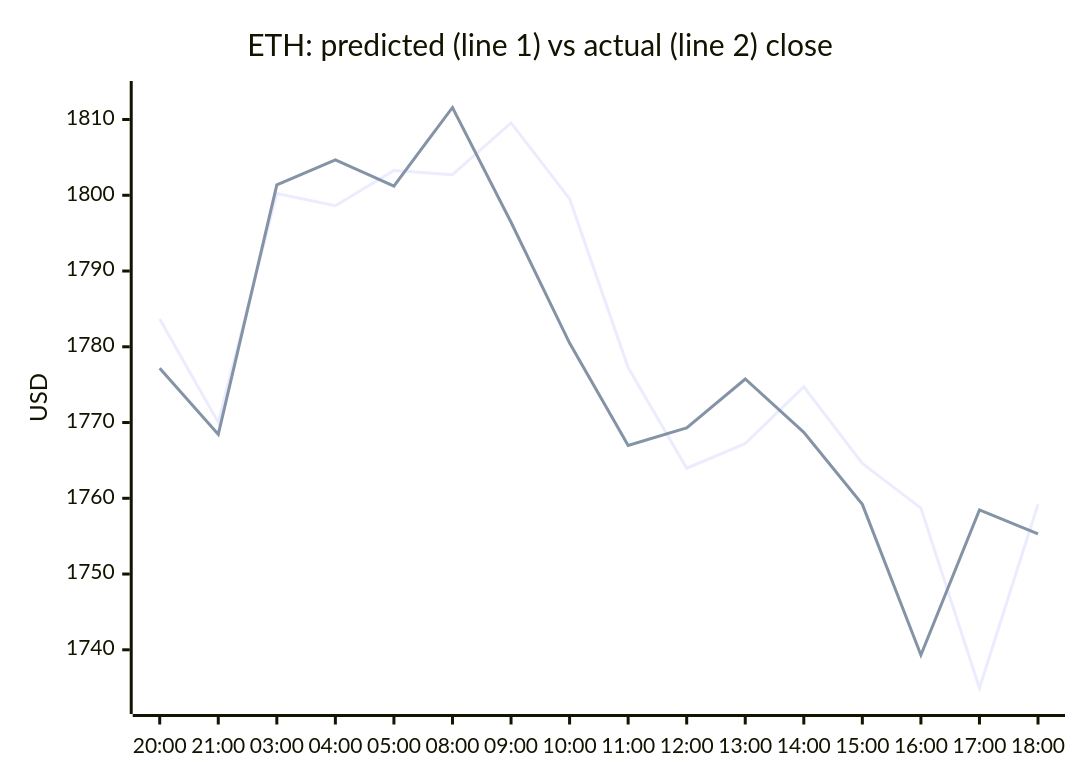
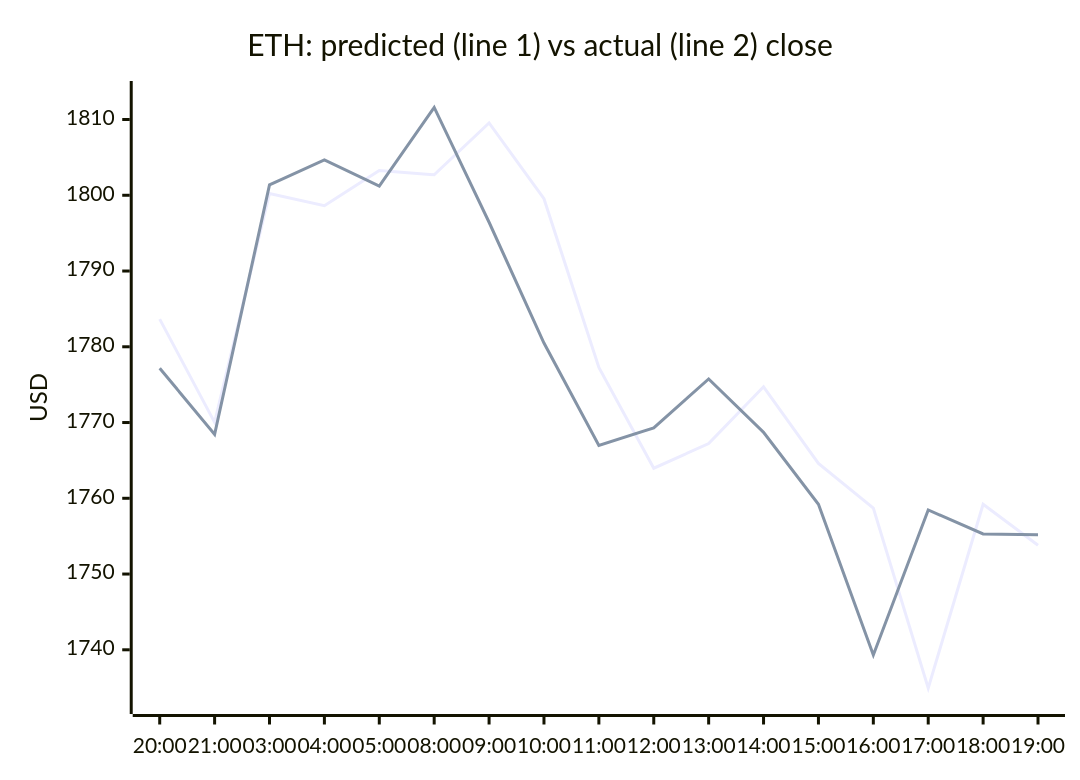
Before and after one commit to samuelkreitl-wq/crypto-hourly-forecaster: the second of 4 diagrams in README.md, drawn with Mermaid. The commit also changed other lines of this file and 14 other files, not shown here.

````diff
--- a/README.md
+++ b/README.md
@@ -47,8 +47,8 @@
 ```mermaid
 xychart-beta
     title "ETH: predicted (line 1) vs actual (line 2) close"
-    x-axis ["20:00", "21:00", "03:00", "04:00", "05:00", "08:00", "09:00", "10:00", "11:00", "12:00", "13:00", "14:00", "15:00", "16:00", "17:00", "18:00"]
+    x-axis ["20:00", "21:00", "03:00", "04:00", "05:00", "08:00", "09:00", "10:00", "11:00", "12:00", "13:00", "14:00", "15:00", "16:00", "17:00", "18:00", "19:00"]
     y-axis "USD" 1733.2077 --> 1813.4016
-    line [1783.6536, 1770.0216, 1800.2369, 1798.6210, 1803.2721, 1802.7104, 1809.5477, 1799.5438, 1777.2612, 1763.9669, 1767.2241, 1774.7205, 1764.5976, 1758.7069, 1734.9427, 1759.2032]
-    line [1777.1700, 1768.4400, 1801.3700, 1804.6700, 1801.2200, 1811.5900, 1796.4400, 1780.4900, 1766.9800, 1769.3000, 1775.7500, 1768.7100, 1759.2000, 1739.3100, 1758.4600, 1755.2900]
+    line [1783.6536, 1770.0216, 1800.2369, 1798.6210, 1803.2721, 1802.7104, 1809.5477, 1799.5438, 1777.2612, 1763.9669, 1767.2241, 1774.7205, 1764.5976, 1758.7069, 1734.9427, 1759.2032, 1753.8095]
+    line [1777.1700, 1768.4400, 1801.3700, 1804.6700, 1801.2200, 1811.5900, 1796.4400, 1780.4900, 1766.9800, 1769.3000, 1775.7500, 1768.7100, 1759.2000, 1739.3100, 1758.4600, 1755.2900, 1755.1800]
 ```
````
